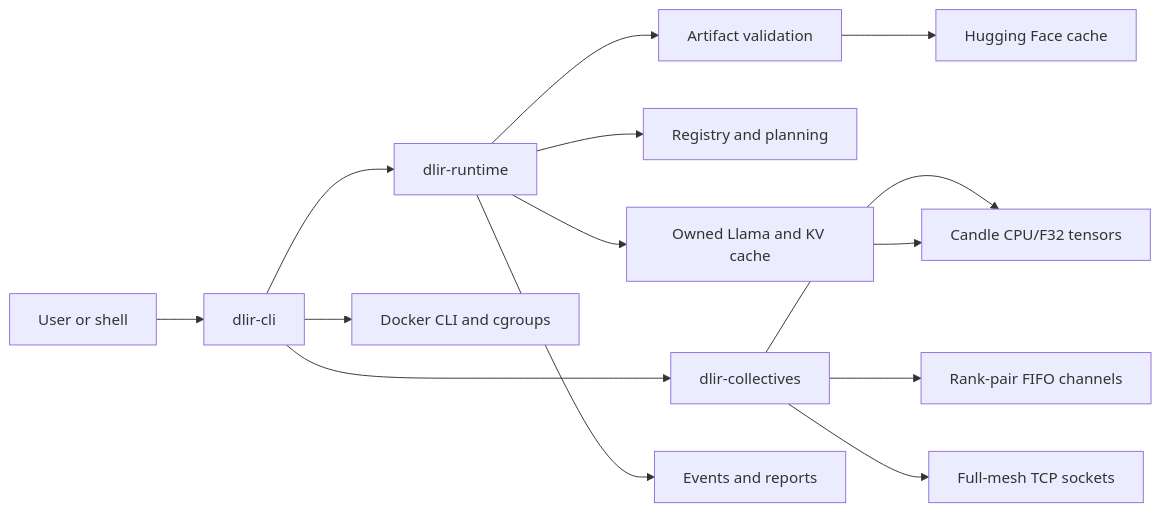
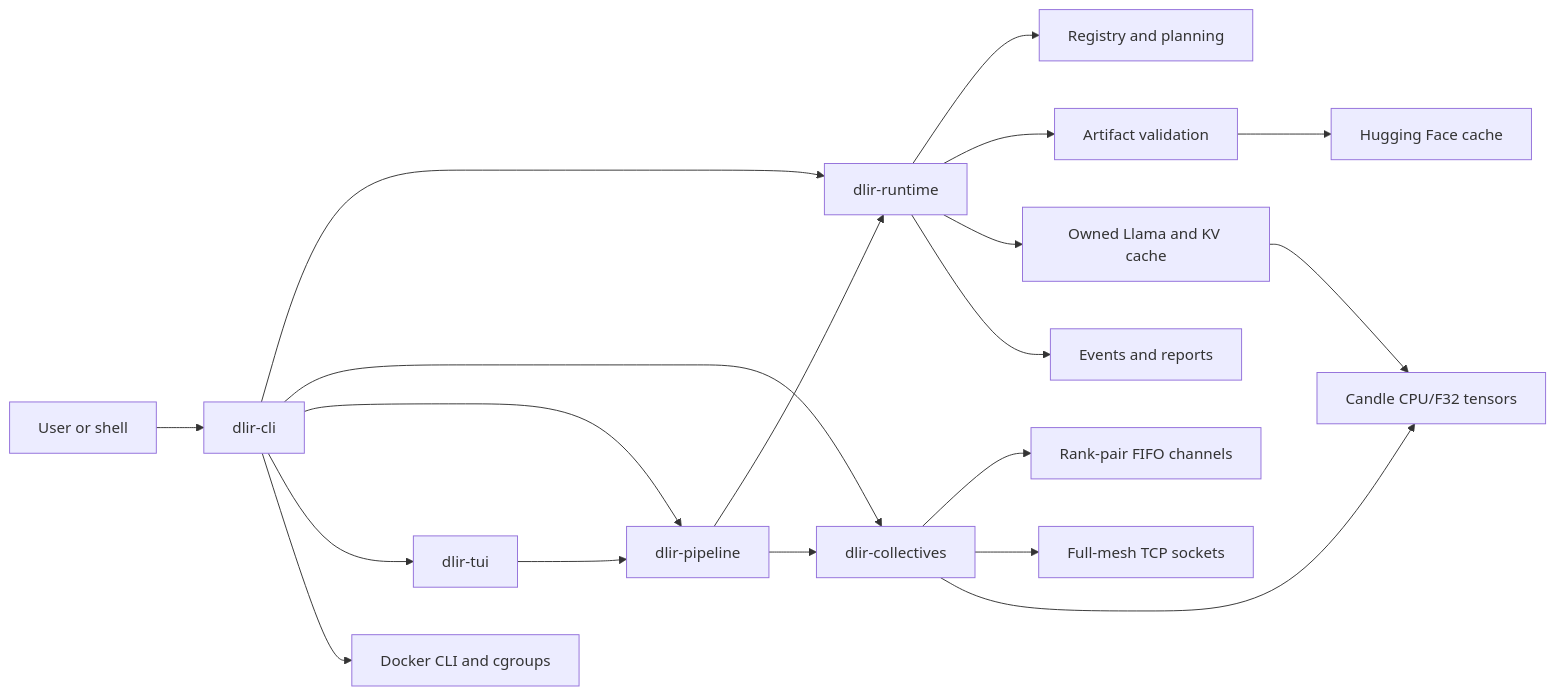
Before and after one commit to Ayobami-00/distributed-llm-inference-rs: the first of 6 diagrams in docs/architecture.md, drawn with Mermaid. The commit also changed other lines of this file and 41 other files, not shown here.

Commit message:
feat: add pipeline-parallel inference and TUI

````diff
--- a/docs/architecture.md
+++ b/docs/architecture.md
@@ -30,16 +36,21 @@
 ```mermaid
 flowchart LR
     User[User or shell] --> CLI[dlir-cli]
     CLI --> Runtime[dlir-runtime]
     CLI --> Collectives[dlir-collectives]
+    CLI --> Pipeline[dlir-pipeline]
+    CLI --> TUI[dlir-tui]
     CLI --> Docker[Docker CLI and cgroups]
     Collectives --> Channels[Rank-pair FIFO channels]
     Collectives --> TCP[Full-mesh TCP sockets]
     Collectives --> Candle[Candle CPU/F32 tensors]
     Runtime --> Registry[Registry and planning]
     Runtime --> Artifacts[Artifact validation]
     Runtime --> Model[Owned Llama and KV cache]
     Runtime --> Reports[Events and reports]
+    Pipeline --> Runtime
+    Pipeline --> Collectives
+    TUI --> Pipeline
     Artifacts --> Hub[Hugging Face cache]
     Model --> Candle
 ```
````
